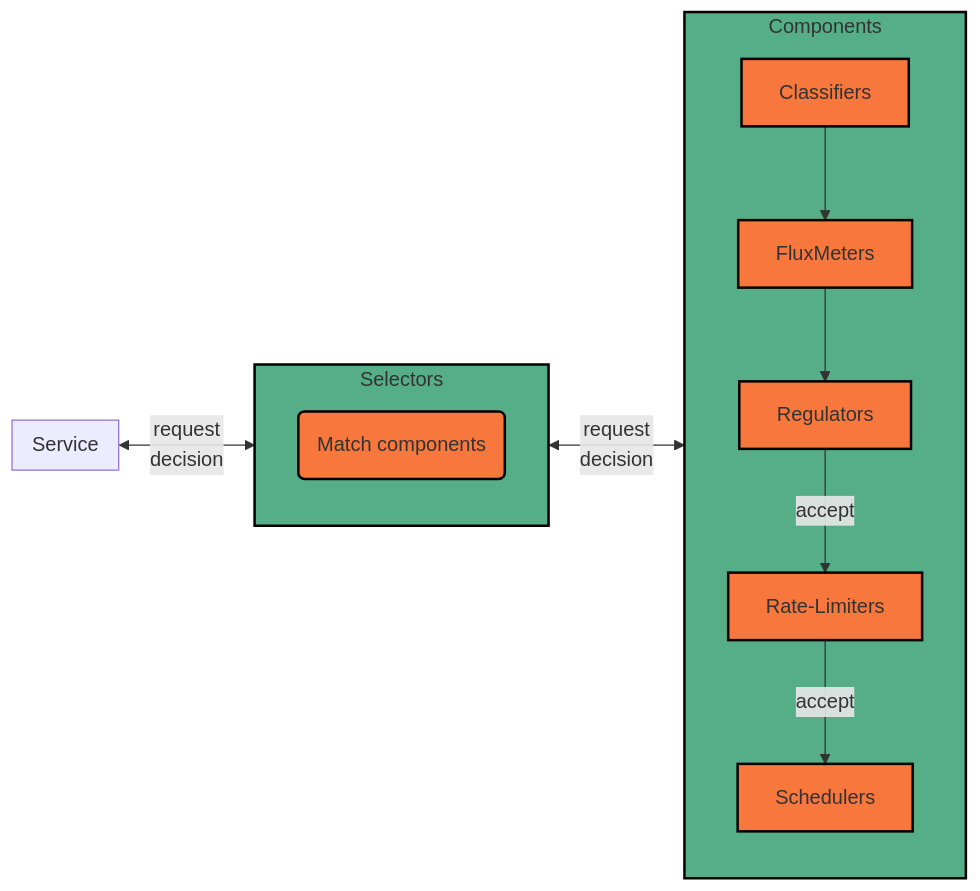
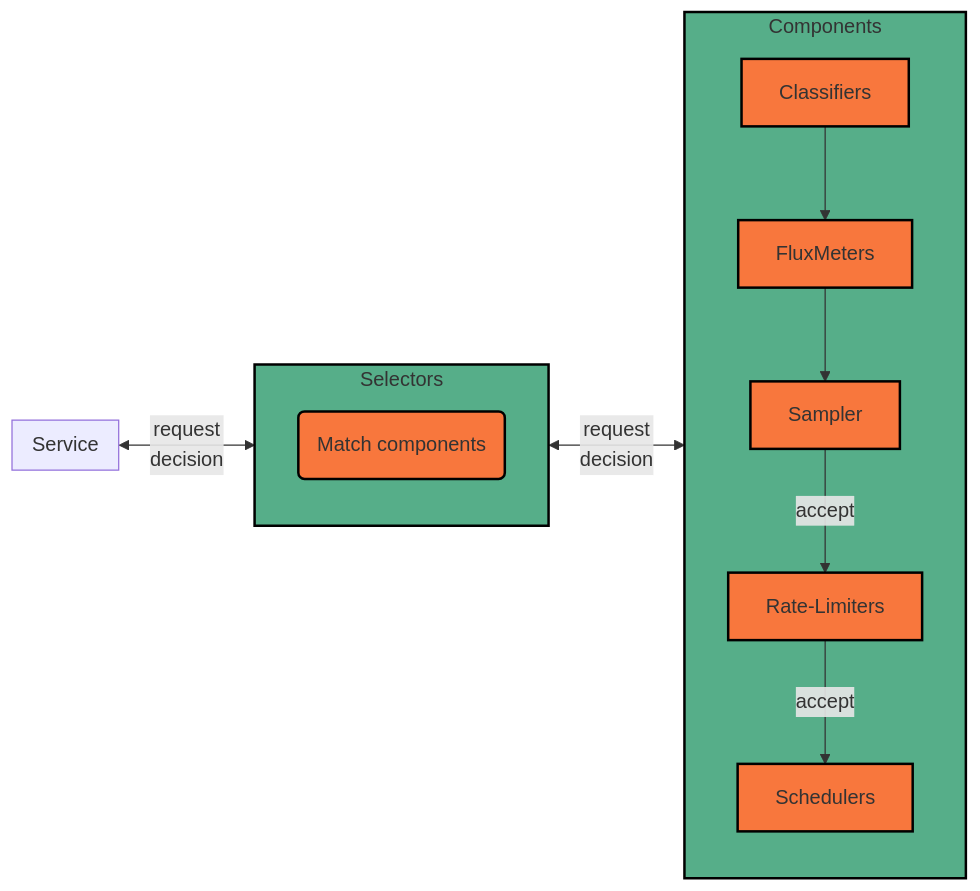
One commit to fluxninja/aperture changed the diagram in docs/content/concepts/assets/gen/service/flow-lifecycle.mmd. Above: the diagram before and after it, drawn with Mermaid. The commit also changed 10 other files, not shown here.

```diff
--- a/docs/content/concepts/assets/gen/service/flow-lifecycle.mmd
+++ b/docs/content/concepts/assets/gen/service/flow-lifecycle.mmd
@@ -1,27 +1,27 @@
 flowchart LR
 classDef Green fill:#56AE89,stroke:#000000,stroke-width:2px;
 classDef Orange fill:#F8773D,stroke:#000000,stroke-width:2px;
 
 subgraph "Service"
 end
 class Service Green
 
 Service <-- "request\n decision" --> Selectors
 Selectors <-- "request\n decision" --> Components
 
 subgraph "Selectors"
 	Text("Match components")
 	class Text Orange
 end
 class Selectors Green
 
 
 subgraph Components
-    Classifiers --> FluxMeters --> Regulators--"accept"--> Rate-Limiters --"accept"--> Schedulers
+    Classifiers --> FluxMeters --> Sampler--"accept"--> Rate-Limiters --"accept"--> Schedulers
 class Classifiers Orange
 class FluxMeters Orange
-class Regulators Orange
+class Sampler Orange
 class Rate-Limiters Orange
 class Schedulers Orange
 end
 class Components Green
```
